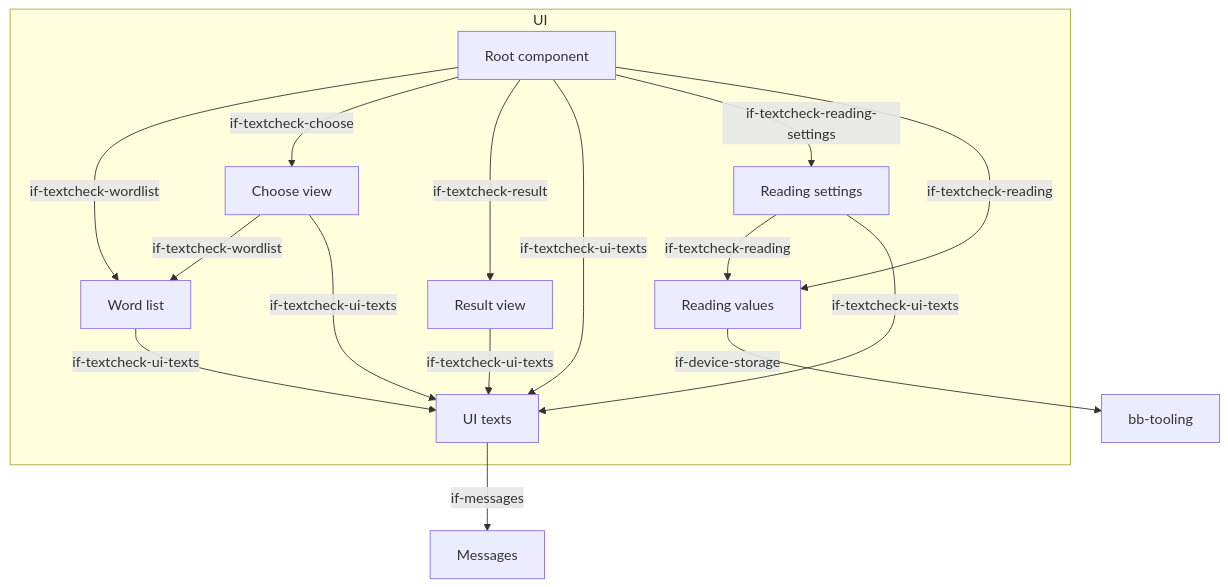
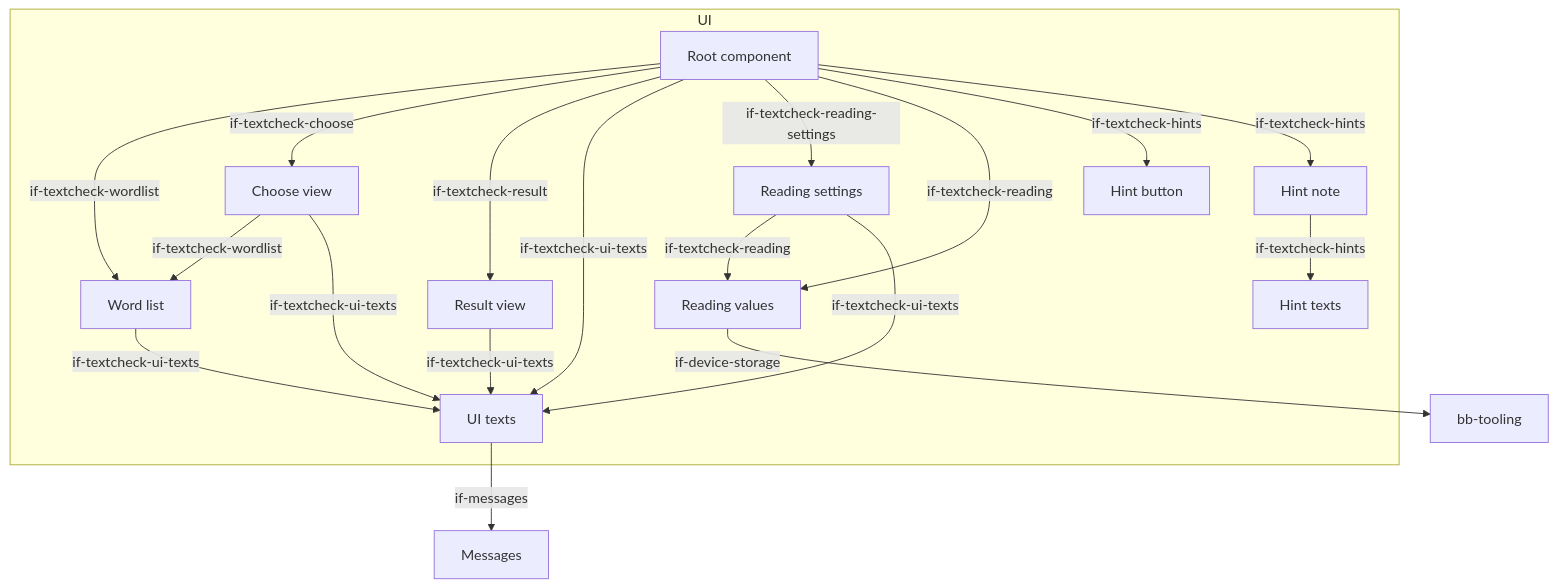
One commit to mrsimpson/textcheck changed the fifth of 6 diagrams in docs/arc42/05-building-blocks.arc42.md. Above: the diagram before and after it, drawn with Mermaid. The commit also changed other lines of this file and 12 other files, not shown here.

````diff
--- a/docs/arc42/05-building-blocks.arc42.md
+++ b/docs/arc42/05-building-blocks.arc42.md
@@ -876,27 +879,33 @@
 ```mermaid
 flowchart TB
     subgraph bb-interactive-ui["UI"]
         bb-textcheck-root["Root component"]
         bb-textcheck-wordlist["Word list"]
         bb-textcheck-choose["Choose view"]
         bb-textcheck-result["Result view"]
         bb-textcheck-ui-texts["UI texts"]
         bb-textcheck-reading-settings["Reading settings"]
         bb-textcheck-reading["Reading values"]
+        bb-textcheck-hint-button["Hint button"]
+        bb-textcheck-hint-note["Hint note"]
+        bb-textcheck-hints["Hint texts"]
     end
     bb-interactive-messages["Messages"]
     bb-textcheck-root -->|"if-textcheck-wordlist"| bb-textcheck-wordlist
     bb-textcheck-root -->|"if-textcheck-choose"| bb-textcheck-choose
     bb-textcheck-root -->|"if-textcheck-result"| bb-textcheck-result
     bb-textcheck-choose -->|"if-textcheck-wordlist"| bb-textcheck-wordlist
     bb-textcheck-choose -->|"if-textcheck-ui-texts"| bb-textcheck-ui-texts
     bb-textcheck-root -->|"if-textcheck-ui-texts"| bb-textcheck-ui-texts
     bb-textcheck-wordlist -->|"if-textcheck-ui-texts"| bb-textcheck-ui-texts
     bb-textcheck-result -->|"if-textcheck-ui-texts"| bb-textcheck-ui-texts
     bb-textcheck-ui-texts -->|"if-messages"| bb-interactive-messages
     bb-textcheck-root -->|"if-textcheck-reading-settings"| bb-textcheck-reading-settings
     bb-textcheck-root -->|"if-textcheck-reading"| bb-textcheck-reading
     bb-textcheck-reading-settings -->|"if-textcheck-reading"| bb-textcheck-reading
     bb-textcheck-reading-settings -->|"if-textcheck-ui-texts"| bb-textcheck-ui-texts
     bb-textcheck-reading -->|"if-device-storage"| bb-tooling
+    bb-textcheck-root -->|"if-textcheck-hints"| bb-textcheck-hint-button
+    bb-textcheck-root -->|"if-textcheck-hints"| bb-textcheck-hint-note
+    bb-textcheck-hint-note -->|"if-textcheck-hints"| bb-textcheck-hints
 ```
````
